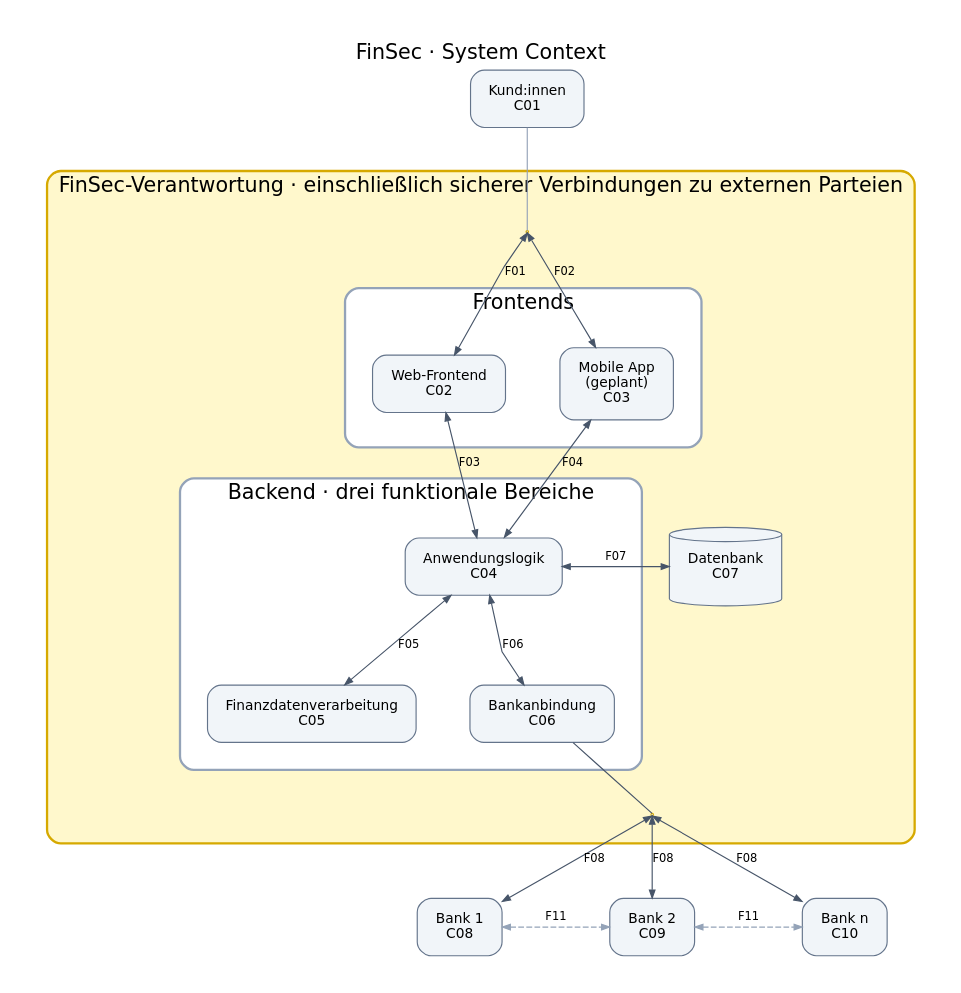
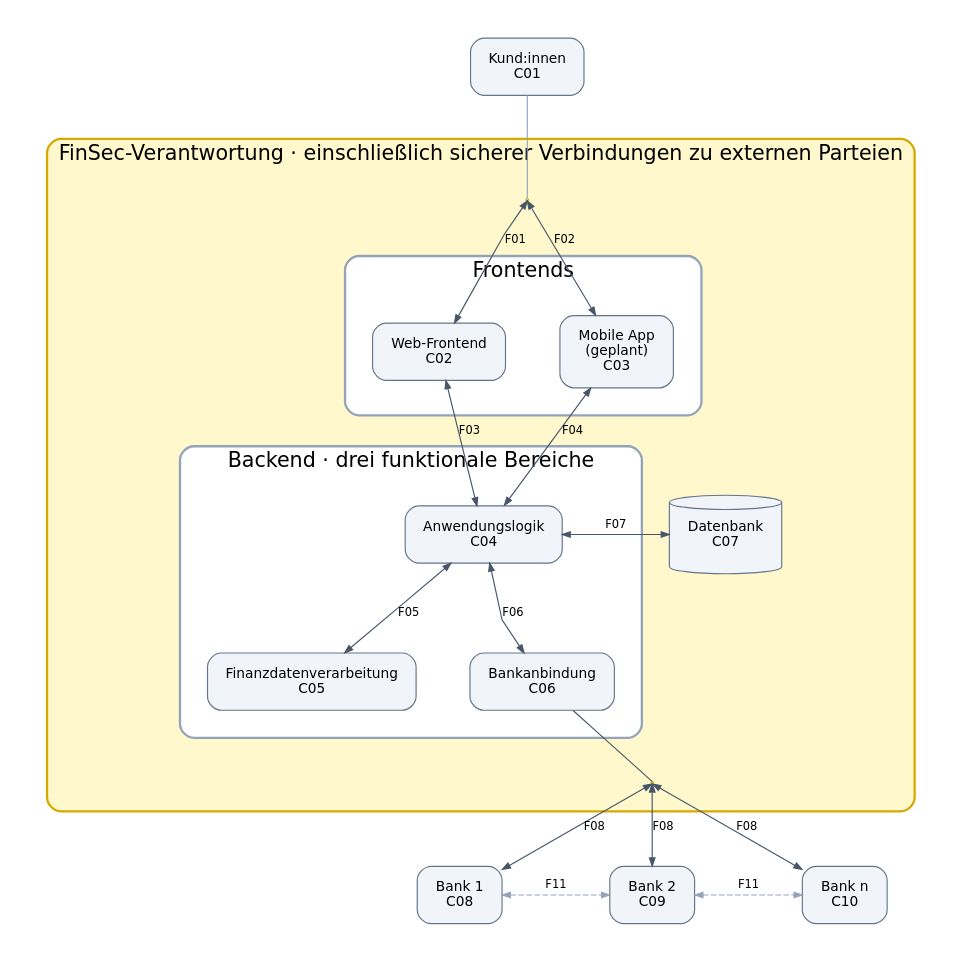
The diagram in finsec.formatted.dot (niklas9234/sichso_work), drawn with Graphviz before and after one commit. The commit also changed 5 other files, not shown here.

```diff
--- a/finsec.formatted.dot
+++ b/finsec.formatted.dot
@@ -1,173 +1,172 @@
 digraph FinSec {
 	graph [bgcolor=white,
 		compound=true,
 		fontname="DejaVu Sans",
 		fontsize=18,
-		label="FinSec · System Context",
 		labelloc=t,
 		newrank=true,
 		nodesep=0.65,
 		pad=0.35,
 		rankdir=TB,
 		ranksep=0.8,
 		splines=polyline
 	];
 	node [color="#64748b",
 		fillcolor="#f1f5f9",
 		fontname="DejaVu Sans",
 		fontsize=12,
 		label="\N",
 		margin="0.22,0.16",
 		shape=box,
 		style="rounded,filled",
 		target=_top
 	];
 	edge [arrowsize=0.7,
 		color="#475569",
 		dir=both,
 		fontname="DejaVu Sans",
 		fontsize=10,
 		target=_top
 	];
 	{
 		graph [rank=same];
 		C08	[URL="README.md#C08",
 			id=C08,
 			label="Bank 1\nC08",
 			tooltip="Bank 1 – Beschreibung"];
 		C09	[URL="README.md#C09",
 			id=C09,
 			label="Bank 2\nC09",
 			tooltip="Bank 2 – Beschreibung"];
 		C10	[URL="README.md#C10",
 			id=C10,
 			label="Bank n\nC10",
 			tooltip="Bank n – Beschreibung"];
 	}
 	subgraph cluster_responsibility {
 		graph [color="#d6a900",
 			fillcolor="#fff8cc",
 			label="FinSec-Verantwortung · einschließlich sicherer Verbindungen zu externen Parteien",
 			margin=24,
 			penwidth=2,
 			style="rounded,filled"
 		];
 		{
 			graph [rank=same];
 			C04	[URL="README.md#C04",
 				id=C04,
 				label="Anwendungslogik\nC04",
 				tooltip="Anwendungslogik – Beschreibung"];
 			C07	[URL="README.md#C07",
 				id=C07,
 				label="Datenbank\nC07",
 				shape=cylinder,
 				tooltip="Datenbank – Beschreibung"];
 		}
 		subgraph cluster_frontends {
 			graph [color="#94a3b8",
 				fillcolor="#ffffff",
 				label=Frontends
 			];
 			{
 				graph [rank=same];
 				C02	[URL="README.md#C02",
 					id=C02,
 					label="Web-Frontend\nC02",
 					tooltip="Web-Frontend – Beschreibung"];
 				C03	[URL="README.md#C03",
 					id=C03,
 					label="Mobile App\n(geplant)\nC03",
 					tooltip="Mobile App (geplant) – Beschreibung"];
 			}
 		}
 		subgraph cluster_backend {
 			graph [color="#94a3b8",
 				fillcolor="#ffffff",
 				label="Backend · drei funktionale Bereiche"
 			];
 			{
 				graph [rank=same];
 				C05	[URL="README.md#C05",
 					id=C05,
 					label="Finanzdatenverarbeitung\nC05",
 					tooltip="Finanzdatenverarbeitung – Beschreibung"];
 				C06	[URL="README.md#C06",
 					id=C06,
 					label="Bankanbindung\nC06",
 					tooltip="Bankanbindung – Beschreibung"];
 			}
 			C04;
 			C04 -> C05	[URL="README.md#F05",
 				id=F05,
 				label=F05,
 				tooltip="F05: Analyseauftrag & Auswertung"];
 			C04 -> C06	[URL="README.md#F06",
 				id=F06,
 				label=F06,
 				tooltip="F06: Bankauftrag & Ergebnis"];
 		}
 		C02 -> C04	[URL="README.md#F03",
 			id=F03,
 			label=F03,
 			tooltip="F03: Anfragen & Ergebnisse"];
 		C03 -> C04	[URL="README.md#F04",
 			id=F04,
 			label=F04,
 			tooltip="F04: Anfragen & Ergebnisse"];
 		C04 -> C07	[URL="README.md#F07",
 			id=F07,
 			label=F07,
 			tooltip="F07: Lesen & Speichern"];
 		bank_link	[color="#d6a900",
 			label="",
 			shape=point,
 			width=0.03];
 		C06 -> bank_link	[dir=none];
 		C07 -> bank_link	[style=invis];
 		client_link	[color="#d6a900",
 			label="",
 			shape=point,
 			width=0.03];
 		client_link -> C02	[URL="README.md#F01",
 			id=F01,
 			label=F01,
 			tooltip="F01: Nutzung & Rückmeldungen"];
 		client_link -> C03	[URL="README.md#F02",
 			id=F02,
 			label=F02,
 			tooltip="F02: Nutzung & Rückmeldungen"];
 	}
 	C01	[URL="README.md#C01",
 		id=C01,
 		label="Kund:innen\nC01",
 		tooltip="Kund:innen – Beschreibung"];
 	C01 -> client_link	[color="#94a3b8",
 		dir=none];
 	C08 -> C09	[URL="README.md#F11",
 		color="#94a3b8",
 		constraint=false,
 		id=F11,
 		label=F11,
 		style=dashed,
 		tooltip="F11: Datenaustausch / Transaktionen"];
 	C09 -> C10	[URL="README.md#F11",
 		color="#94a3b8",
 		constraint=false,
 		id="F11-C10",
 		label=F11,
 		style=dashed,
 		tooltip="F11: Datenaustausch / Transaktionen"];
 	bank_link -> C08	[URL="README.md#F08",
 		id=F08,
 		label=F08,
 		tooltip="F08: Kontoabruf & Zahlungsauftrag"];
 	bank_link -> C09	[URL="README.md#F08",
 		id="F08-C09",
 		label=F08,
 		tooltip="F08: Kontoabruf & Zahlungsauftrag"];
 	bank_link -> C10	[URL="README.md#F08",
 		id="F08-C10",
 		label=F08,
 		tooltip="F08: Kontoabruf & Zahlungsauftrag"];
 }
```
